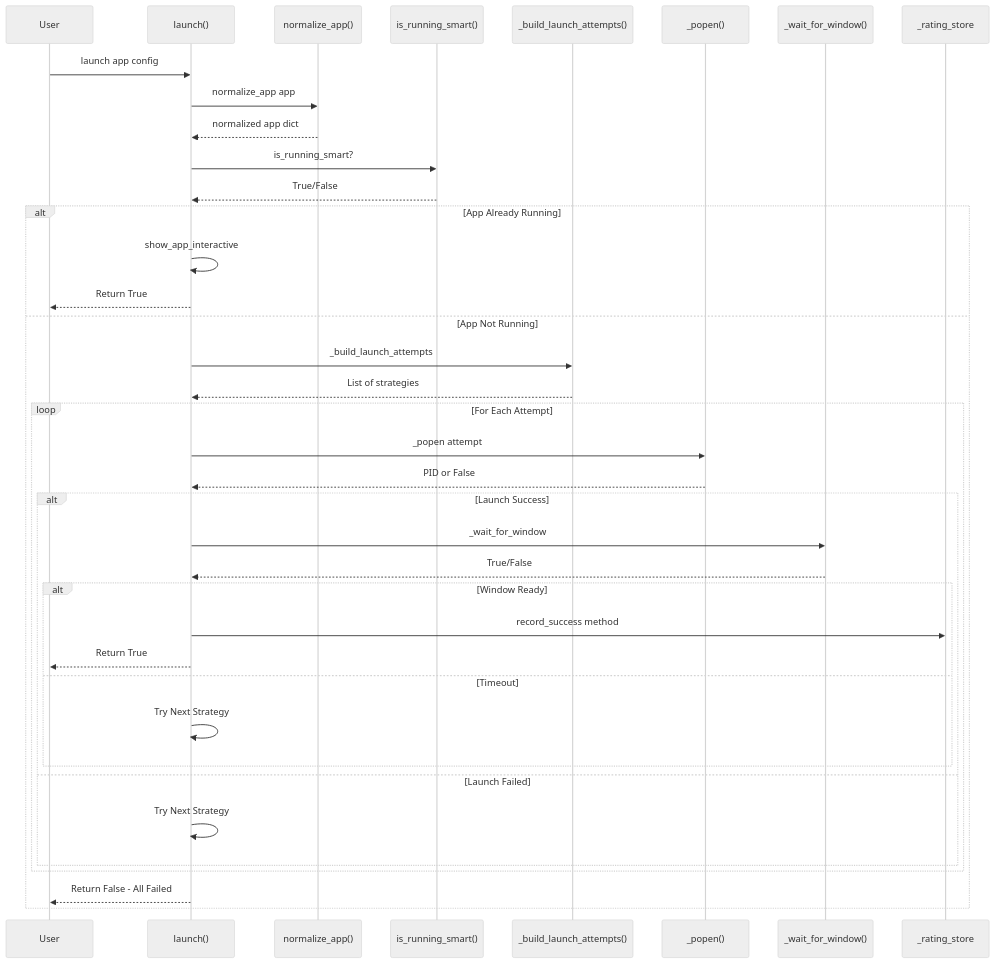
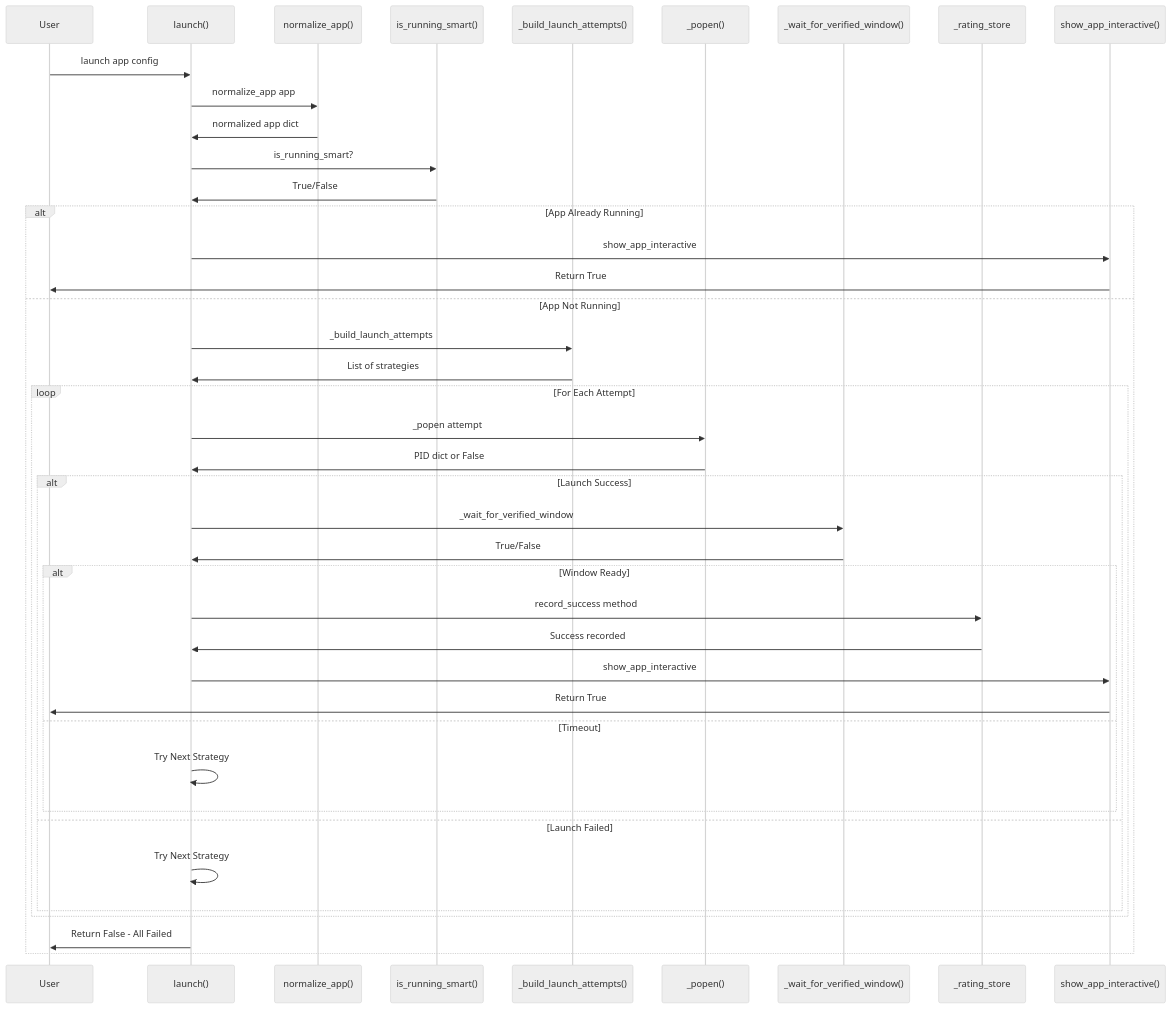
Before and after one commit to error-debug-run/HELL: the second of 9 diagrams in control/apps.md, drawn with Mermaid (neutral theme). The commit also changed other lines of this file and 1 other file, not shown here.

````diff
--- a/control/apps.md
+++ b/control/apps.md
@@ -79,46 +74,49 @@
 ```mermaid
 sequenceDiagram
     participant U as User
     participant L as launch()
     participant N as normalize_app()
     participant R as is_running_smart()
     participant B as _build_launch_attempts()
     participant P as _popen()
-    participant W as _wait_for_window()
+    participant W as _wait_for_verified_window()
     participant S as _rating_store
+    participant I as show_app_interactive()
     
     U->>L: launch app config
     L->>N: normalize_app app
-    N-->>L: normalized app dict
+    N->>L: normalized app dict
     L->>R: is_running_smart?
-    R-->>L: True/False
+    R->>L: True/False
     
     alt App Already Running
-        L->>L: show_app_interactive
-        L-->>U: Return True
+        L->>I: show_app_interactive
+        I->>U: Return True
     else App Not Running
         L->>B: _build_launch_attempts
-        B-->>L: List of strategies
+        B->>L: List of strategies
         
         loop For Each Attempt
             L->>P: _popen attempt
-            P-->>L: PID or False
+            P->>L: PID dict or False
             
             alt Launch Success
-                L->>W: _wait_for_window
-                W-->>L: True/False
+                L->>W: _wait_for_verified_window
+                W->>L: True/False
                 
                 alt Window Ready
                     L->>S: record_success method
-                    L-->>U: Return True
+                    S->>L: Success recorded
+                    L->>I: show_app_interactive
+                    I->>U: Return True
                 else Timeout
                     L->>L: Try Next Strategy
                 end
             else Launch Failed
                 L->>L: Try Next Strategy
             end
         end
         
-        L-->>U: Return False - All Failed
+        L->>U: Return False - All Failed
     end
 ```
````
